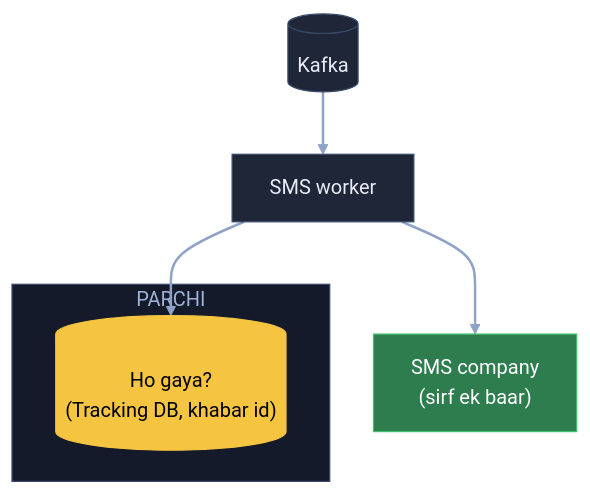
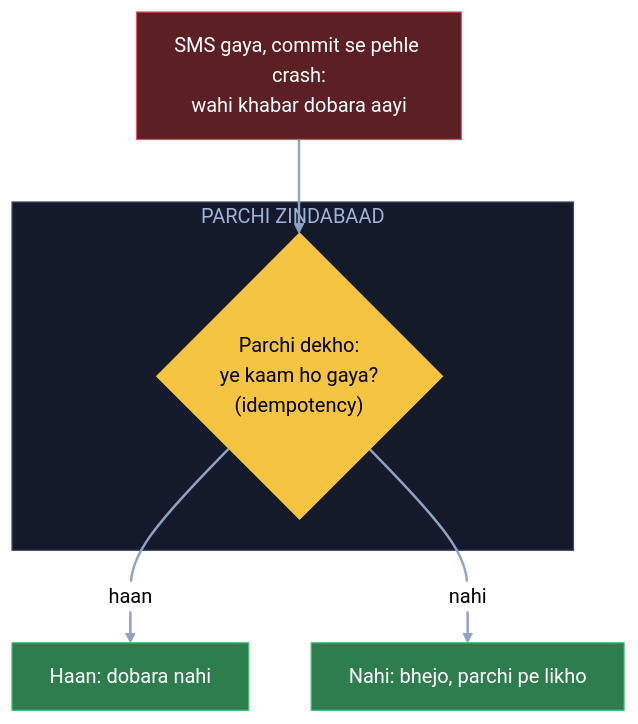
Before and after one commit to ArpanMaheshwari144/Prep: the third of 9 diagrams in 04_HLD/SYSTEM_DESIGNS/04_notification_system/04_notification_system.md, drawn with Mermaid (neutral theme). The commit also changed other lines of this file, not shown here.

Commit message:
Notification: 9 diagram hand notes ke shabdon se (K9: OTP seedha, DB nahi)

````diff
--- a/04_HLD/SYSTEM_DESIGNS/04_notification_system/04_notification_system.md
+++ b/04_HLD/SYSTEM_DESIGNS/04_notification_system/04_notification_system.md
@@ -113,18 +107,18 @@
 ```mermaid
 flowchart TB
-    K[("Kafka")]:::card
-    W["SMS worker"]:::card
-    subgraph PC["PARCHI"]
-        T[("Ho gaya?<br/>(Tracking DB, khabar id)")]:::pill
+    W["SMS gaya, commit se pehle crash:<br/>wahi khabar dobara aayi"]:::bad
+    subgraph PZ["PARCHI ZINDABAAD"]
+        P{"Parchi dekho:<br/>ye kaam ho gaya?<br/>(idempotency)"}:::pill
     end
-    C["SMS company<br/>(sirf ek baar)"]:::good
-    K --> W
-    W --> T
-    W --> C
+    S["Haan: dobara nahi"]:::good
+    B["Nahi: bhejo, parchi pe likho"]:::good
+    W --> P
+    P -- "haan" --> S
+    P -- "nahi" --> B
     linkStyle default stroke:#8fa3c7,stroke-width:2px
     classDef card fill:#1e2638,stroke:#3a4a6b,color:#e8ecf5
     classDef pill fill:#f5c542,stroke:#f5c542,color:#000
     classDef good fill:#2e7d4f,stroke:#3fbf6f,color:#fff
     classDef bad fill:#5c1f24,stroke:#e05561,color:#fff
-    style PC fill:#141a29,stroke:#3a4a6b,color:#9fb3d9
+    style PZ fill:#141a29,stroke:#3a4a6b,color:#9fb3d9
 ```
````
